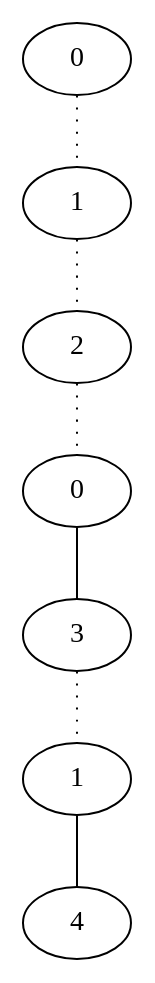
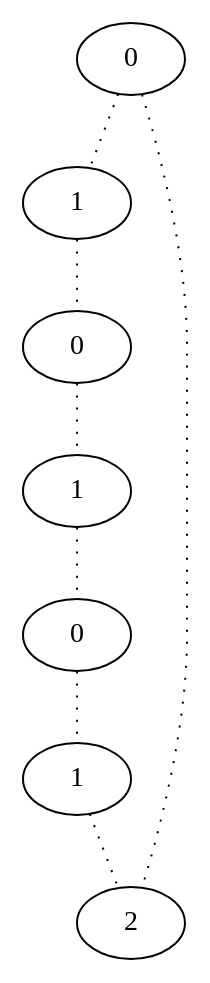
One commit to d1laj/Stage-M2 changed the diagram in TestPathsv1/result/7.dot. Above: the diagram before and after it, drawn with Graphviz. The commit also changed 12 other files, not shown here.

```diff
--- a/TestPathsv1/result/7.dot
+++ b/TestPathsv1/result/7.dot
@@ -1,15 +1,16 @@
 graph {
 a[label=0]
 b[label=1]
-c[label=2]
-d[label=0]
-e[label=3]
+c[label=0]
+d[label=1]
+e[label=0]
 f[label=1]
-g[label=4]
+g[label=2]
 a -- b [style=dotted];
 b -- c [style=dotted];
 c -- d [style=dotted];
-d -- e;
+d -- e [style=dotted];
 e -- f [style=dotted];
-f -- g;
+f -- g [style=dotted];
+a -- g [style=dotted];
 }
```
